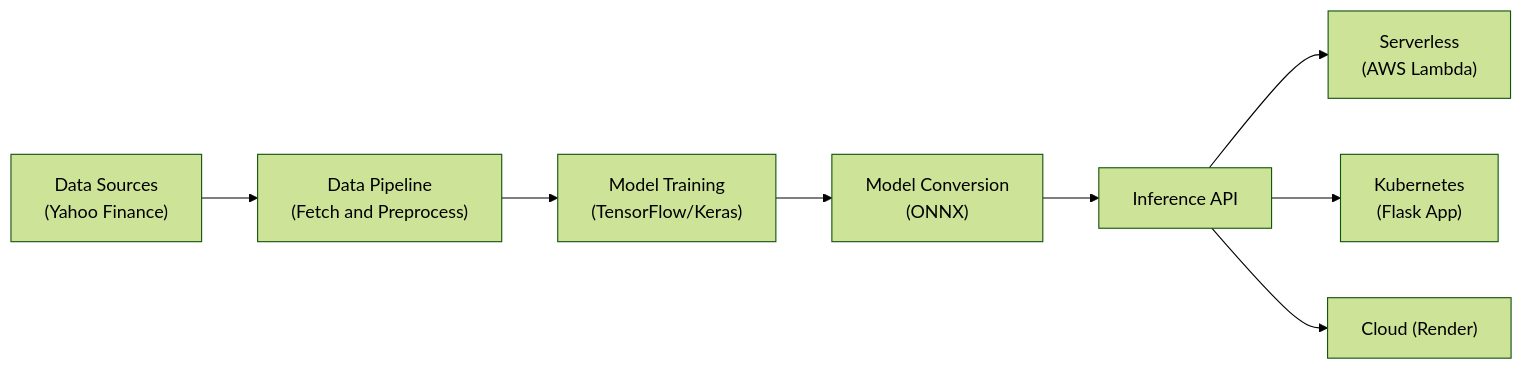
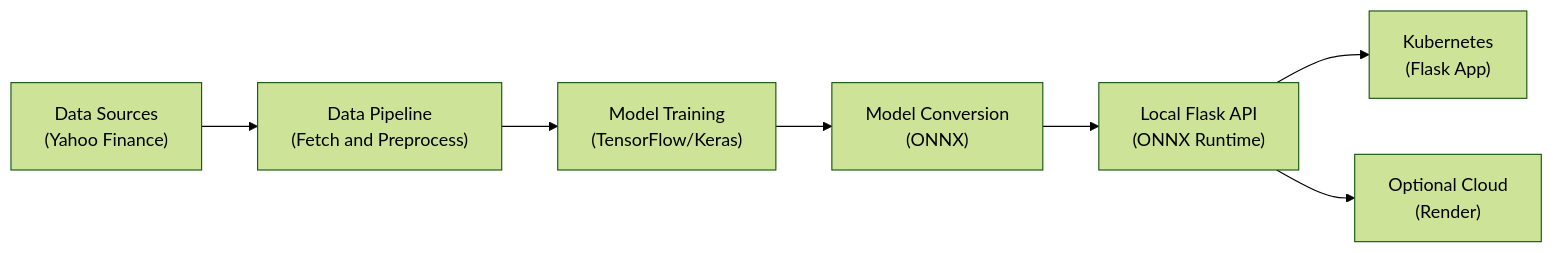
One commit to syafiqfirdaus/ML-ZoomCamp-2025 changed the diagram in Capstone 2/README.md. Above: the diagram before and after it, drawn with Mermaid (forest theme). The commit also changed other lines of this file and 24 other files, not shown here.

First line of the commit message:
refactor: replace Lambda with local inference

````diff
--- a/Capstone 2/README.md
+++ b/Capstone 2/README.md
@@ -43,16 +43,16 @@
 ```mermaid
 graph LR
     A["Data Sources
     (Yahoo Finance)"] --> B["Data Pipeline
     (Fetch and Preprocess)"]
     B --> C["Model Training
     (TensorFlow/Keras)"]
     C --> D["Model Conversion
     (ONNX)"]
-    D --> E[Inference API]
-    E --> F["Serverless
-    (AWS Lambda)"]
+    D --> E["Local Flask API
+    (ONNX Runtime)"]
     E --> G["Kubernetes
     (Flask App)"]
-    E --> H["Cloud (Render)"]
+    E --> H["Optional Cloud
+    (Render)"]
 ```
````
